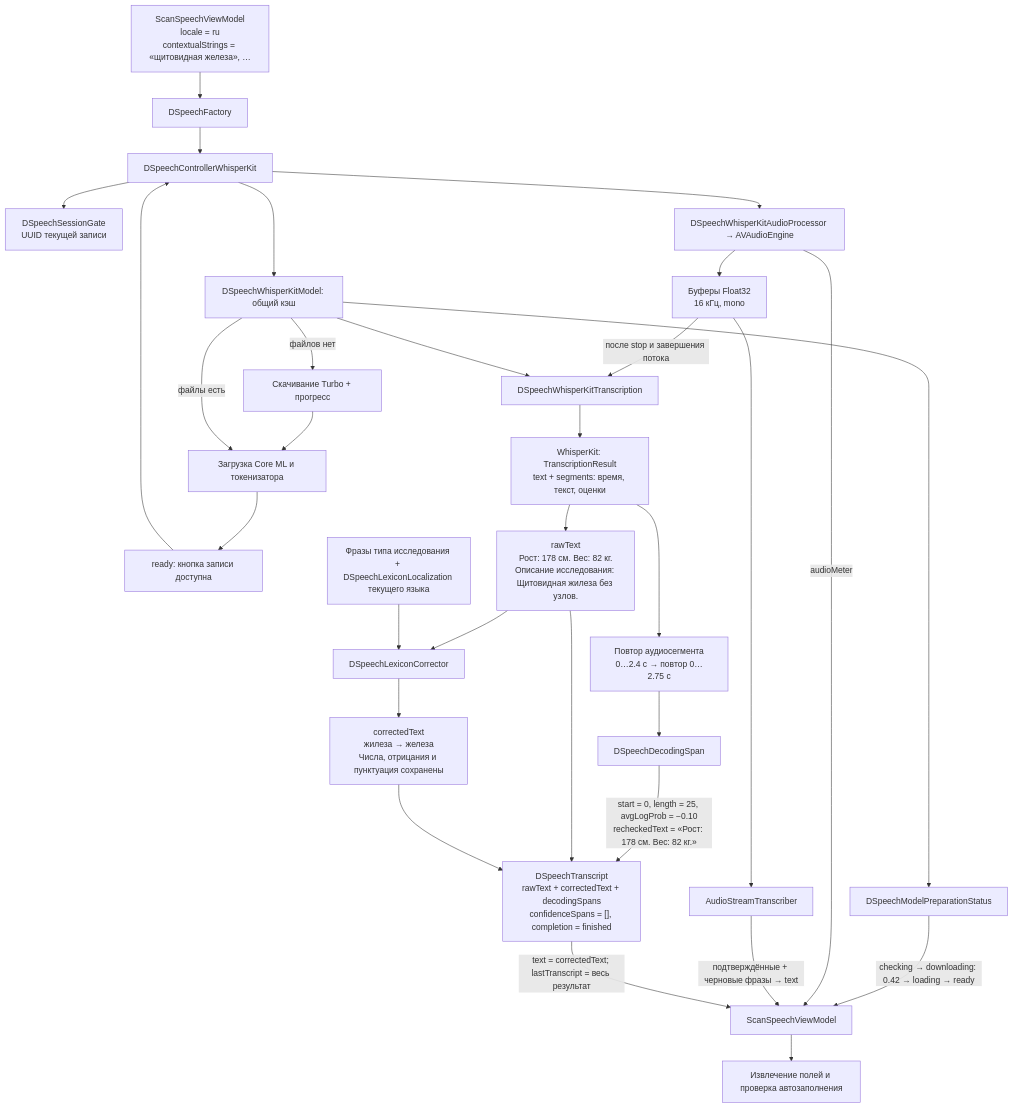
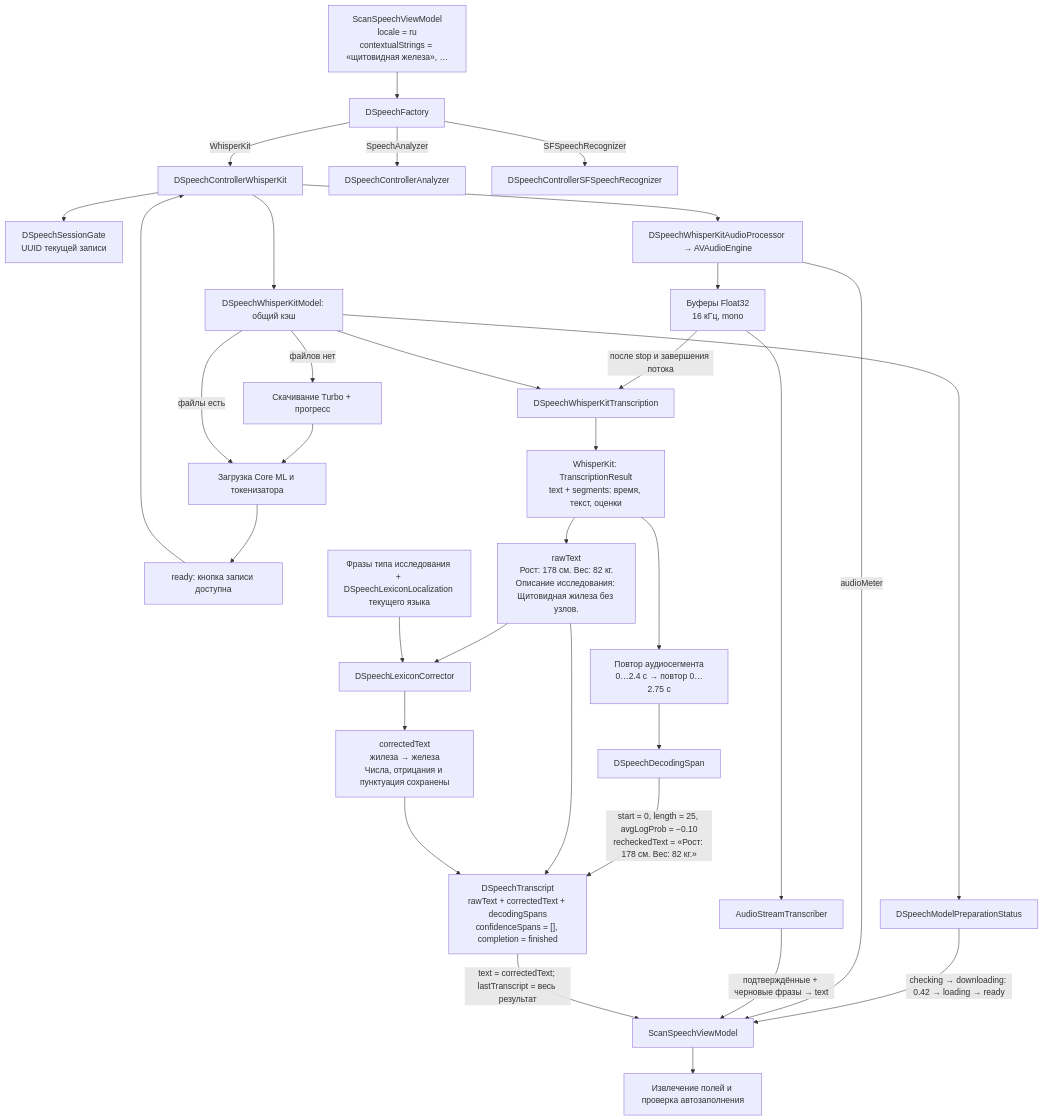
The first of 2 diagrams in ios/DoglyadSpeech/README.md (ivangalkindeveloper/DoglyadAI), drawn with Mermaid before and after one commit. The commit also changed other lines of this file and 214 other files, not shown here.

````diff
--- a/ios/DoglyadSpeech/README.md
+++ b/ios/DoglyadSpeech/README.md
@@ -33,33 +33,35 @@
 ```mermaid
 flowchart TD
     Input["ScanSpeechViewModel<br/>locale = ru<br/>contextualStrings = «щитовидная железа», …"] --> Factory[DSpeechFactory]
-    Factory --> Controller[DSpeechControllerWhisperKit]
+    Factory -->|WhisperKit| Controller[DSpeechControllerWhisperKit]
+    Factory -->|SpeechAnalyzer| Analyzer[DSpeechControllerAnalyzer]
+    Factory -->|SFSpeechRecognizer| Recognizer[DSpeechControllerSFSpeechRecognizer]
     Controller --> Model[DSpeechWhisperKitModel: общий кэш]
     Model --> Prepare[DSpeechModelPreparationStatus]
     Prepare -->|"checking → downloading: 0.42 → loading → ready"| UI[ScanSpeechViewModel]
     Model -->|файлов нет| Download[Скачивание Turbo + прогресс]
     Download --> Load[Загрузка Core ML и токенизатора]
     Model -->|файлы есть| Load
     Load --> Ready[ready: кнопка записи доступна]
     Ready --> Controller
     Controller --> Session["DSpeechSessionGate<br/>UUID текущей записи"]
     Controller --> Audio[DSpeechWhisperKitAudioProcessor → AVAudioEngine]
     Audio --> Samples["Буферы Float32<br/>16 кГц, mono"]
     Audio -->|audioMeter| UI
     Samples --> Stream[AudioStreamTranscriber]
     Stream -->|"подтверждённые + черновые фразы → text"| UI
     Samples -->|"после stop и завершения потока"| Recognition[DSpeechWhisperKitTranscription]
     Model --> Recognition
     Recognition --> First["WhisperKit: TranscriptionResult<br/>text + segments: время, текст, оценки"]
     First --> Raw["rawText<br/>Рост: 178 см. Вес: 82 кг.<br/>Описание исследования: Щитовидная жилеза без узлов."]
     First --> Repeat["Повтор аудиосегмента<br/>0…2.4 с → повтор 0…2.75 с"]
     Repeat --> Spans[DSpeechDecodingSpan]
     Spans -->|"start = 0, length = 25, avgLogProb = −0.10<br/>recheckedText = «Рост: 178 см. Вес: 82 кг.»"| Transcript
     Raw --> Correction[DSpeechLexiconCorrector]
     Vocabulary[Фразы типа исследования + DSpeechLexiconLocalization текущего языка] --> Correction
     Correction --> Corrected["correctedText<br/>жилеза → железа<br/>Числа, отрицания и пунктуация сохранены"]
     Raw --> Transcript["DSpeechTranscript<br/>rawText + correctedText + decodingSpans<br/>confidenceSpans = [], completion = finished"]
     Corrected --> Transcript
     Transcript -->|"text = correctedText; lastTranscript = весь результат"| UI
     UI --> Parsing[Извлечение полей и проверка автозаполнения]
 ```
````
